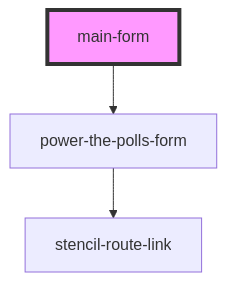
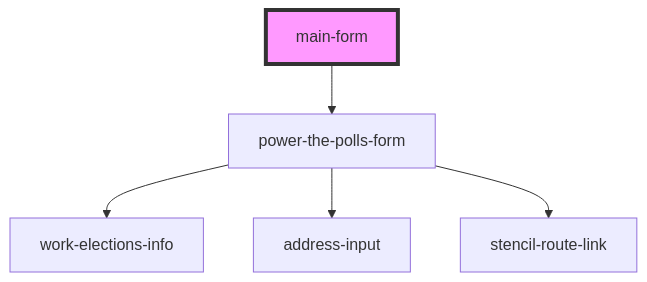
One commit to pizza-to-the-polls/power-the-polls changed the diagram in site/src/components/pages/main-form/readme.md. Above: the diagram before and after it, drawn with Mermaid. The commit also changed other lines of this file and 26 other files, not shown here.

Commit message:
wired up SmartyStreets and WorkElections; additional ui fixes and cleanup

````diff
--- a/site/src/components/pages/main-form/readme.md
+++ b/site/src/components/pages/main-form/readme.md
@@ -15,6 +22,8 @@
 ```mermaid
 graph TD;
   main-form --> power-the-polls-form
+  power-the-polls-form --> work-elections-info
+  power-the-polls-form --> address-input
   power-the-polls-form --> stencil-route-link
   style main-form fill:#f9f,stroke:#333,stroke-width:4px
 ```
````
